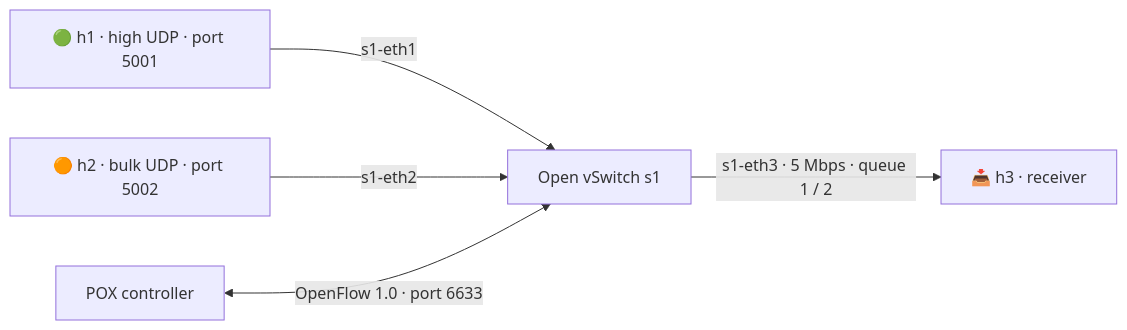
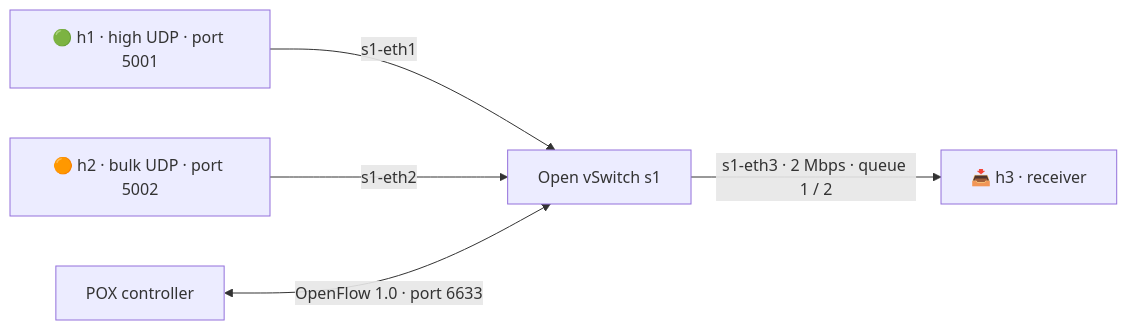
The diagram in README.md (shadowlink12621/cn-project-), drawn with Mermaid before and after one commit. The commit also changed other lines of this file, not shown here.

````diff
--- a/README.md
+++ b/README.md
@@ -63,7 +63,7 @@
 ```mermaid
 flowchart LR
     H1["🟢 h1 · high UDP · port 5001"] -->|s1-eth1| S["Open vSwitch s1"]
     H2["🟠 h2 · bulk UDP · port 5002"] -->|s1-eth2| S
-    S -->|"s1-eth3 · 5 Mbps · queue 1 / 2"| H3["📥 h3 · receiver"]
+    S -->|"s1-eth3 · 2 Mbps · queue 1 / 2"| H3["📥 h3 · receiver"]
     P["POX controller"] <-->|"OpenFlow 1.0 · port 6633"| S
 ```
````
